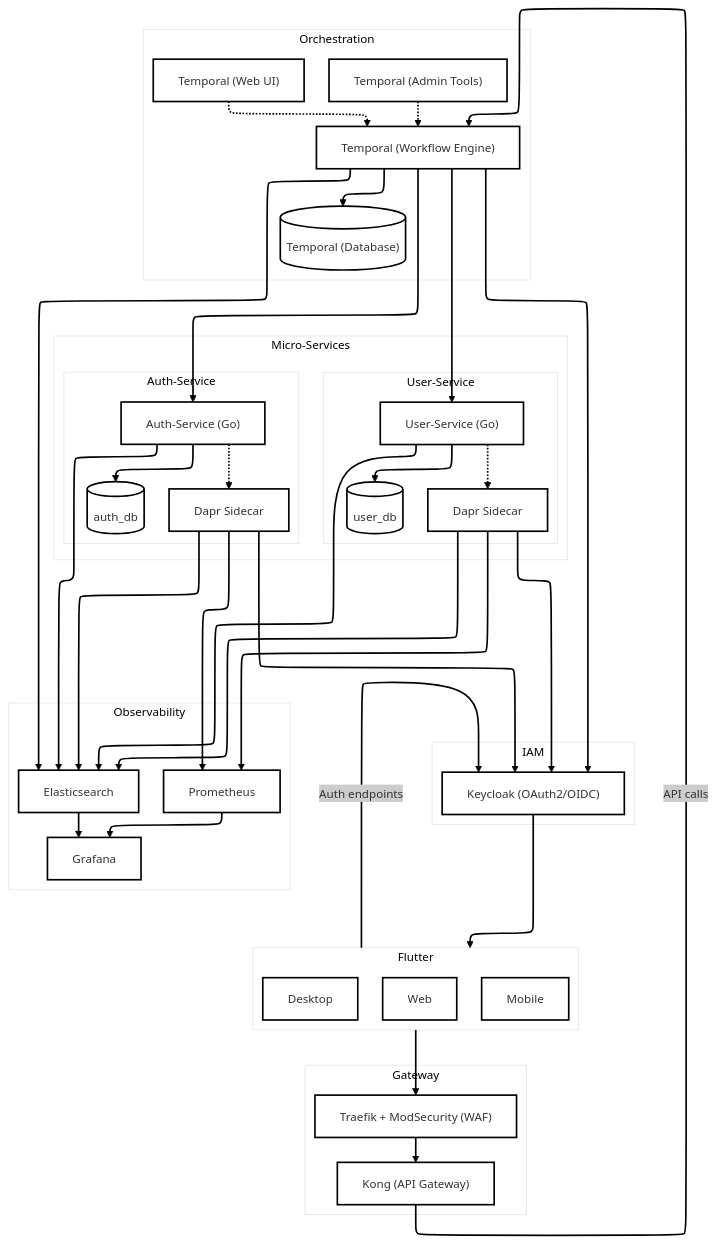
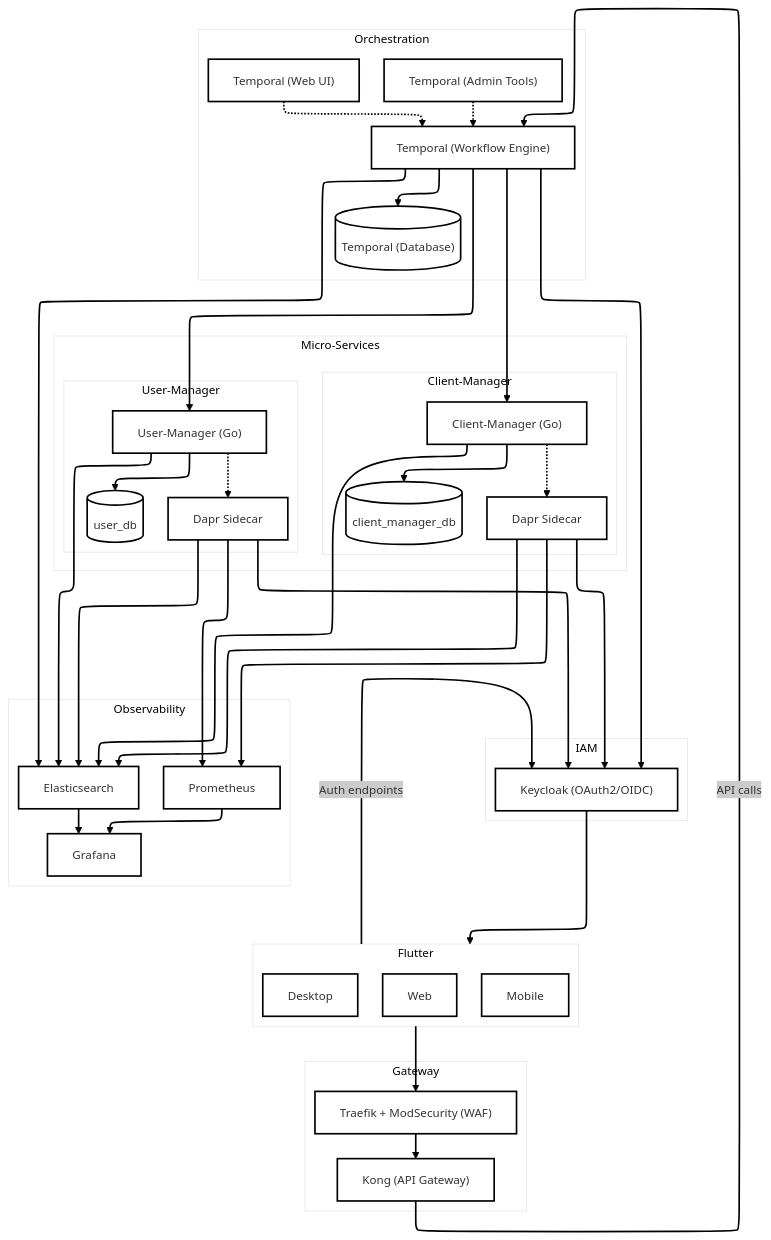
The diagram in README.md (b-fontaine/saaster_kit), drawn with Mermaid before and after one commit. The commit also changed other lines of this file and 33 other files, not shown here.

Commit message:
feat(backend): add client service

````diff
--- a/README.md
+++ b/README.md
@@ -29,59 +33,59 @@
 ```mermaid
 ---
 config:
   theme: neo
   layout: elk
 ---
 flowchart TD
    subgraph Flutter["Flutter"]
       A1["Web"]
       A2["Mobile"]
       A3["Desktop"]
    end
    subgraph IAM["IAM"]
       C["Keycloak (OAuth2/OIDC)"]
    end
    subgraph Gateway["Gateway"]
       B["Traefik + ModSecurity (WAF)"]
       K["Kong (API Gateway)"]
    end
    subgraph Orchestration["Orchestration"]
       direction TB
       D["Temporal (Workflow Engine)"]
       D1["Temporal (Admin Tools)"]
       D2["Temporal (Web UI)"]
       D3[("Temporal (Database)")]
    end
    subgraph Micro-Services
-      subgraph s1["Auth-Service"]
-         Service1["Auth-Service (Go)"]
-         DB-Service1[("auth_db")]
+      subgraph s1["User-Manager"]
+         UserManager["User-Manager (Go)"]
+         DB-UserManager[("user_db")]
          Dapr1["Dapr Sidecar"]
       end
-      subgraph s2["User-Service"]
-         Service2["User-Service (Go)"]
-         DB-Service2[("user_db")]
+      subgraph s2["Client-Manager"]
+         ClientManager["Client-Manager (Go)"]
+         DB-ClientManager[("client_manager_db")]
          Dapr2["Dapr Sidecar"]
       end
    end
    subgraph s3["Observability"]
       G["Grafana"]
       P["Prometheus"]
       L["Elasticsearch"]
    end
    Orchestration & Micro-Services
    D ---> D3
    D1 -.-> D
    D2 -.-> D
    P --> G
    Flutter --> B
    C --> Flutter -->|Auth endpoints| C
    B --> K
    K -->|API calls| D
-   D --> C & Service1 & Service2 & L
-   Service1 --> DB-Service1 & L
-   Service2 --> DB-Service2 & L
-   Service1 -.-> Dapr1 --> C & L & P
-   Service2 -.-> Dapr2 --> C & L & P
+   D --> C & UserManager & ClientManager & L
+   UserManager --> DB-UserManager & L
+   ClientManager --> DB-ClientManager & L
+   UserManager -.-> Dapr1 --> C & L & P
+   ClientManager -.-> Dapr2 --> C & L & P
    L --> G
 ```
````
